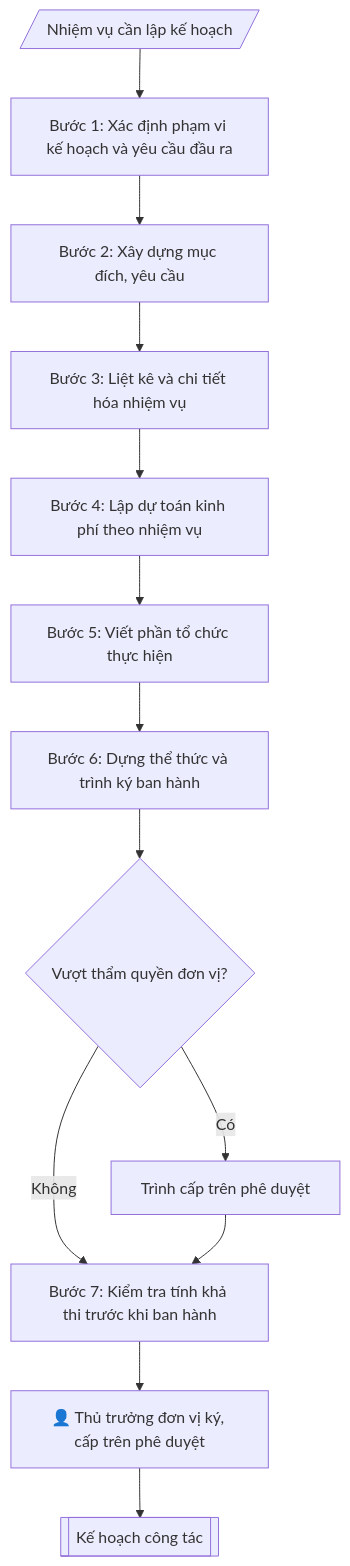
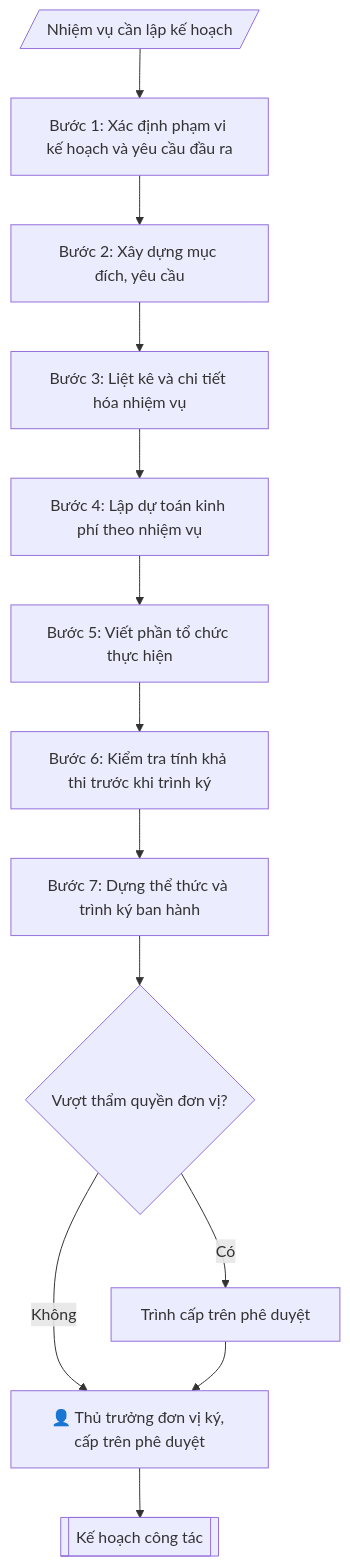
Before and after one commit to phamtruong91/dh-skills: the diagram in skills/soan-ke-hoach-ct/SKILL.md, drawn with Mermaid. The commit also changed other lines of this file and 30 other files, not shown here.

First line of the commit message:
Rà soát cấu trúc nhóm 1 (20 skill): sửa thể thức, sơ đồ, vai trò ký, thứ tự bước; thêm audit_structure và khóa lỗi mẫu

````diff
--- a/skills/soan-ke-hoach-ct/SKILL.md
+++ b/skills/soan-ke-hoach-ct/SKILL.md
@@ -90,15 +91,15 @@
 ```mermaid
 flowchart TD
     IN[/"Nhiệm vụ cần lập kế hoạch"/] --> B1["Bước 1: Xác định phạm vi kế hoạch và yêu cầu đầu ra"]
     B1 --> B2["Bước 2: Xây dựng mục đích, yêu cầu"]
     B2 --> B3["Bước 3: Liệt kê và chi tiết hóa nhiệm vụ"]
     B3 --> B4["Bước 4: Lập dự toán kinh phí theo nhiệm vụ"]
     B4 --> B5["Bước 5: Viết phần tổ chức thực hiện"]
-    B5 --> B6["Bước 6: Dựng thể thức và trình ký ban hành"]
-    B6 --> DP{"Vượt thẩm quyền đơn vị?"}
-    DP -->|Có| B6A["Trình cấp trên phê duyệt"]
-    DP -->|Không| B7["Bước 7: Kiểm tra tính khả thi trước khi ban hành"]
-    B6A --> B7
-    B7 --> HG["👤 Thủ trưởng đơn vị ký, cấp trên phê duyệt"]
+    B5 --> B6["Bước 6: Kiểm tra tính khả thi trước khi trình ký"]
+    B6 --> B7["Bước 7: Dựng thể thức và trình ký ban hành"]
+    B7 --> DP{"Vượt thẩm quyền đơn vị?"}
+    DP -->|Có| B7A["Trình cấp trên phê duyệt"]
+    DP -->|Không| HG
+    B7A --> HG["👤 Thủ trưởng đơn vị ký, cấp trên phê duyệt"]
     HG --> OUT[["Kế hoạch công tác"]]
 ```
````
